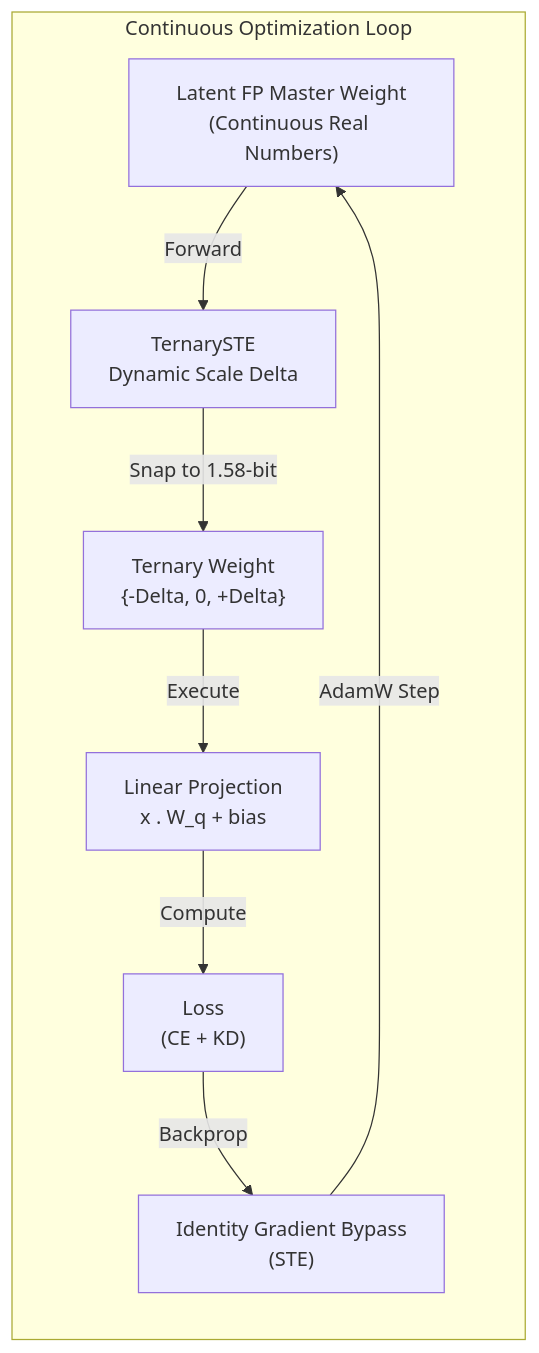
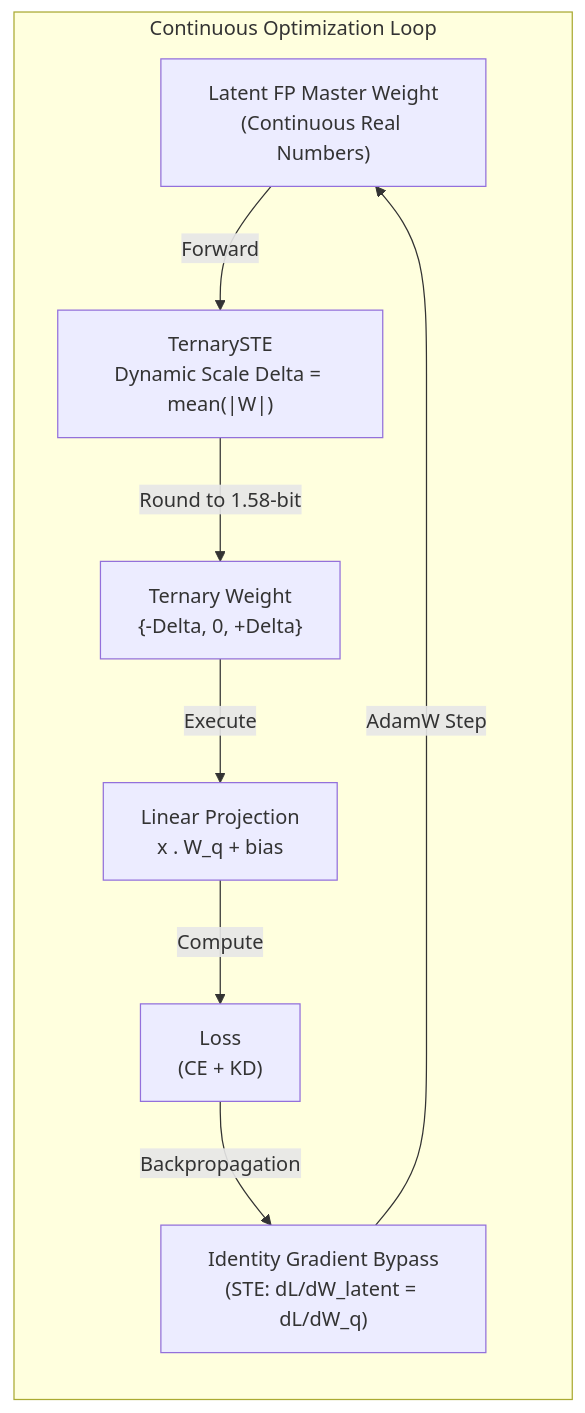
The second of 3 diagrams in README.md (Mayank-Rana1/llm_quantization), drawn with Mermaid before and after one commit. The commit also changed other lines of this file and 1 other file, not shown here.

````diff
--- a/README.md
+++ b/README.md
@@ -50,12 +59,12 @@
 ```mermaid
 flowchart LR
     subgraph Optimization_Cycle ["Continuous Optimization Loop"]
         direction TB
-        A1["Latent FP Master Weight\n(Continuous Real Numbers)"] -->|Forward| A2["TernarySTE\nDynamic Scale Delta"]
-        A2 -->|Snap to 1.58-bit| A3["Ternary Weight\n{-Delta, 0, +Delta}"]
+        A1["Latent FP Master Weight\n(Continuous Real Numbers)"] -->|Forward| A2["TernarySTE\nDynamic Scale Delta = mean(|W|)"]
+        A2 -->|Round to 1.58-bit| A3["Ternary Weight\n{-Delta, 0, +Delta}"]
         A3 -->|Execute| A4["Linear Projection\nx . W_q + bias"]
         A4 -->|Compute| A5["Loss\n(CE + KD)"]
-        A5 -->|Backprop| A6["Identity Gradient Bypass\n(STE)"]
+        A5 -->|Backpropagation| A6["Identity Gradient Bypass\n(STE: dL/dW_latent = dL/dW_q)"]
         A6 -->|AdamW Step| A1
     end
 ```
````
